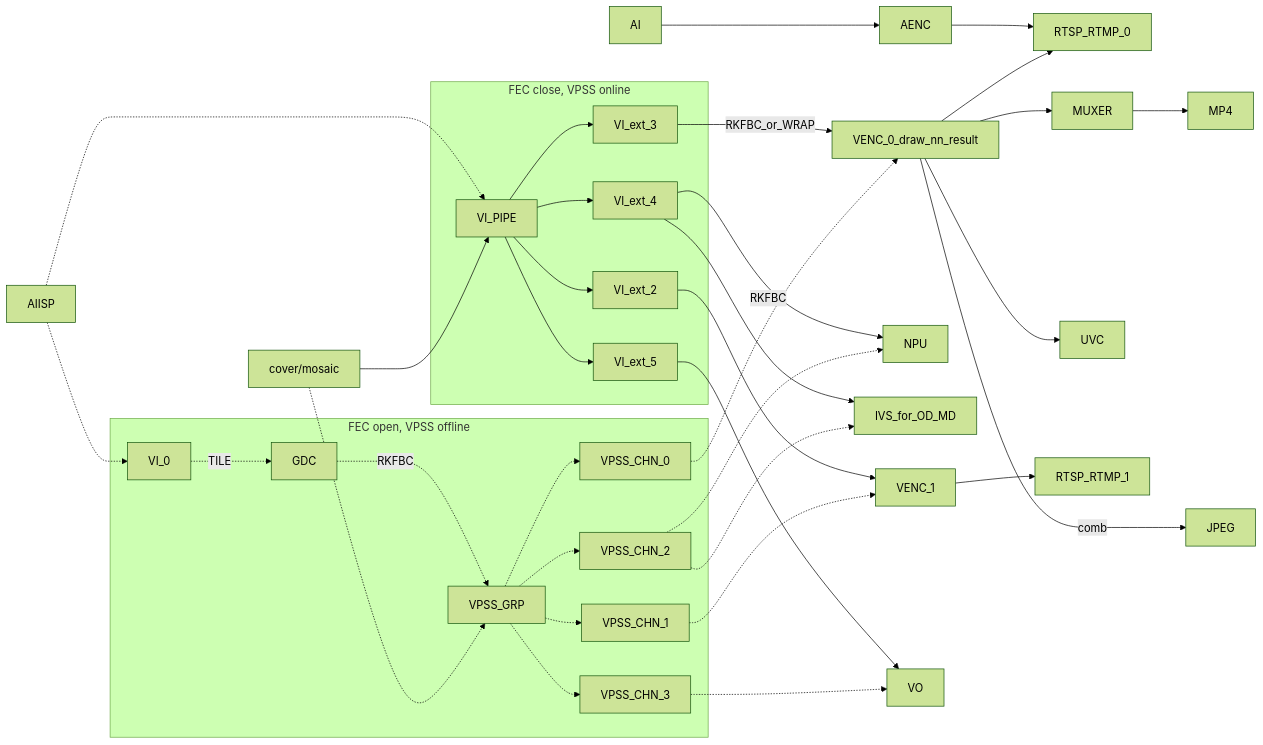
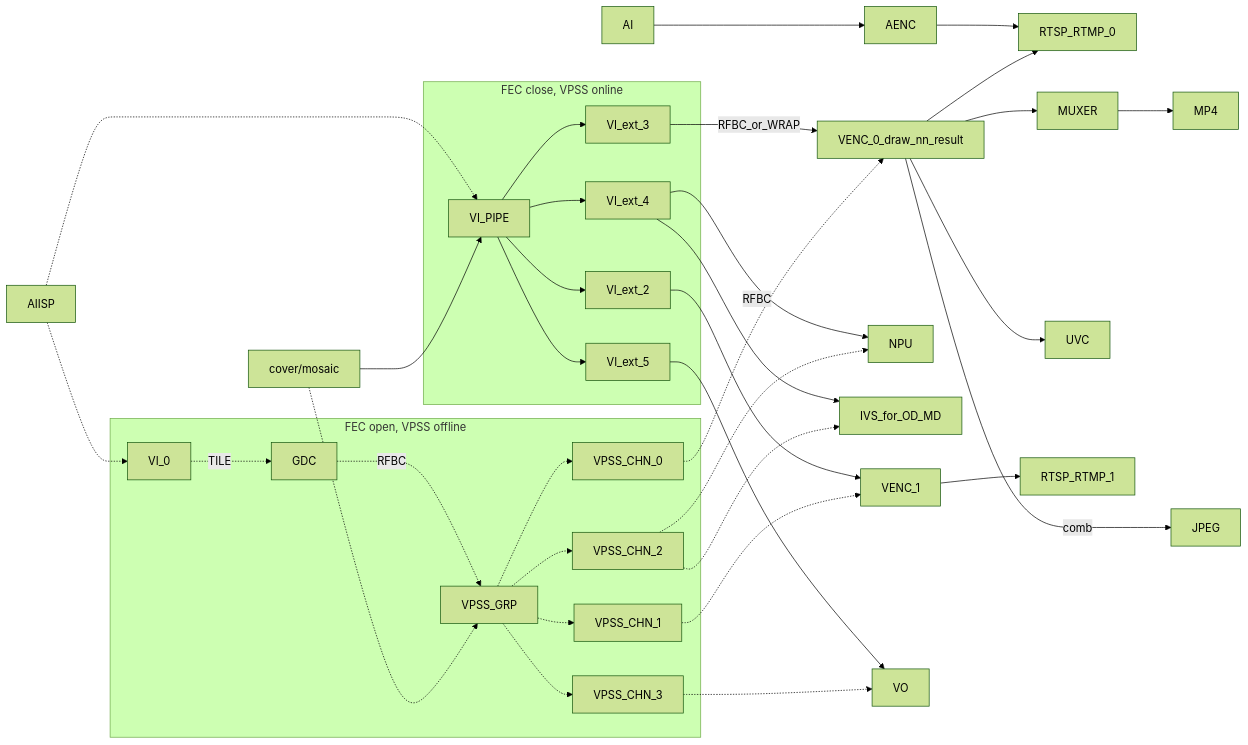
Before and after one commit to mixtile-rockchip/mixtile-sdk-linux-app-rkipc: diagram 18 of 20 in docs/Rockchip_Developer_Guide_Linux_RKIPC_CN.md, drawn with Mermaid (forest theme).

Commit message:
docs: unified use RFBC

````diff
--- a/docs/Rockchip_Developer_Guide_Linux_RKIPC_CN.md
+++ b/docs/Rockchip_Developer_Guide_Linux_RKIPC_CN.md
@@ -391,37 +391,37 @@
 ```mermaid
 graph LR
 AI-->AENC-->RTSP_RTMP_0
 
 subgraph "FEC close, VPSS online"
     VI_PIPE-->VI_ext_3
     VI_PIPE-->VI_ext_4
     VI_PIPE-->VI_ext_2
     VI_PIPE-->VI_ext_5
 end
-VI_ext_3--RKFBC_or_WRAP-->VENC_0_draw_nn_result-->MUXER-->MP4
+VI_ext_3--RFBC_or_WRAP-->VENC_0_draw_nn_result-->MUXER-->MP4
 VENC_0_draw_nn_result-->UVC
 VENC_0_draw_nn_result--combo-->JPEG
 VI_ext_4-->NPU
 VI_ext_4-->IVS_for_OD_MD
 VENC_0_draw_nn_result-->RTSP_RTMP_0
 VI_ext_2-->VENC_1-->RTSP_RTMP_1
 VI_ext_5-->VO
 
 subgraph "FEC open, VPSS offline"
-	VI_0-.TILE.->GDC-.RKFBC.->VPSS_GRP
+	VI_0-.TILE.->GDC-.RFBC.->VPSS_GRP
 	VPSS_GRP-.->VPSS_CHN_0
 	VPSS_GRP-.->VPSS_CHN_1
 	VPSS_GRP-.->VPSS_CHN_2
 	VPSS_GRP-.->VPSS_CHN_3
 end
-VPSS_CHN_0-.RKFBC.->VENC_0_draw_nn_result
+VPSS_CHN_0-.RFBC.->VENC_0_draw_nn_result
 VPSS_CHN_2-.->NPU
 VPSS_CHN_2-.->IVS_for_OD_MD
 VPSS_CHN_1-.->VENC_1
 VPSS_CHN_3-.->VO
 
 AIISP-.->VI_PIPE
 AIISP-.->VI_0
 cover/mosaic-->VI_PIPE
 cover/mosaic-.->VPSS_GRP
 ```
````
